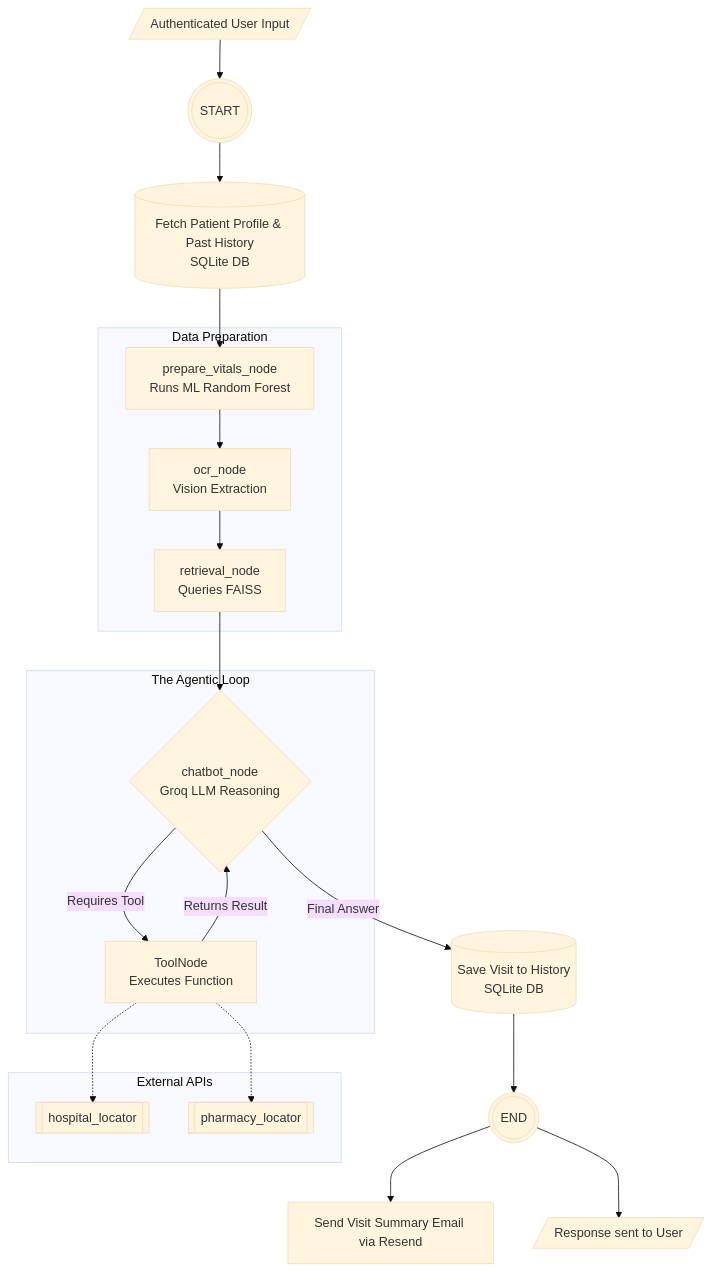
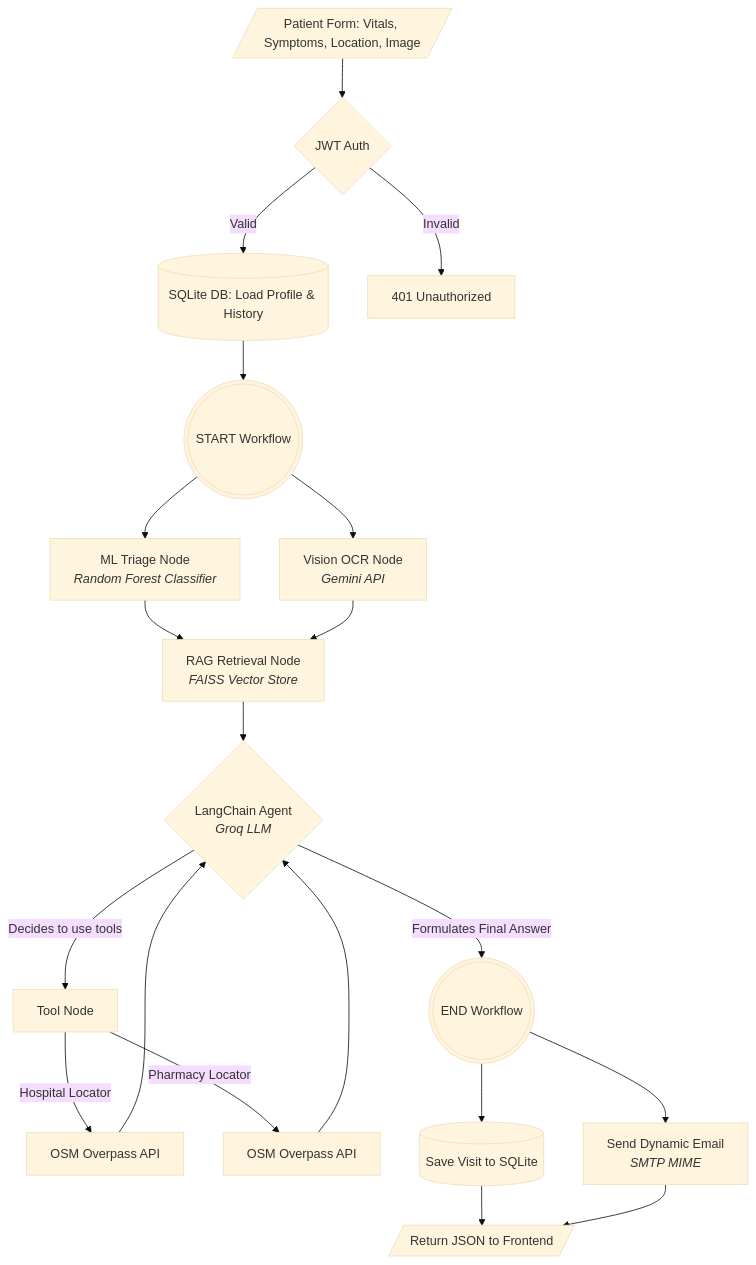
The diagram in README.md (mahaveer0738/fyp-health-app), drawn with Mermaid (base theme) before and after one commit. The commit also changed other lines of this file and 14 other files, not shown here.

Commit message:
Fix chatbot memory, update email design, fix pharmacy locator, and rewrite README

````diff
--- a/README.md
+++ b/README.md
@@ -46,41 +31,38 @@
 ```mermaid
 graph TD
-    %% Entry
-    Input[/Authenticated User Input/] --> START(((START)))
-    START --> AuthCheck
+    %% Entry Point
+    Input[/Patient Form: Vitals, Symptoms, Location, Image/] --> AuthCheck{JWT Auth}
+    
+    %% Authentication & User Data
+    AuthCheck -- Valid --> FetchProfile[(SQLite DB: Load Profile & History)]
+    AuthCheck -- Invalid --> Reject[401 Unauthorized]
+    
+    FetchProfile --> START(((START Workflow)))
 
-    AuthCheck[(Fetch Patient Profile & Past History<br>SQLite DB)] --> N1
-
-    %% Sequential Data Prep Pipeline
-    subgraph "Data Preparation"
-        N1[prepare_vitals_node<br>Runs ML Random Forest] --> N2
-        N2[ocr_node<br>Vision Extraction] --> N3
-        N3[retrieval_node<br>Queries FAISS]
-    end
-
-    N3 --> N4
-
-    %% The ReAct Agent Loop
-    subgraph "The Agentic Loop"
-        N4{chatbot_node<br>Groq LLM Reasoning}
-        N4 -- "Requires Tool" --> N5[ToolNode<br>Executes Function]
-        N5 -- "Returns Result" --> N4
-    end
-
-    %% Exit
-    N4 -- "Final Answer" --> SaveVisit
-    SaveVisit[(Save Visit to History<br>SQLite DB)] --> END(((END)))
+    %% Data Preparation Nodes
+    START --> ML_Node[ML Triage Node<br/><i>Random Forest Classifier</i>]
+    START --> OCR_Node[Vision OCR Node<br/><i>Gemini API</i>]
     
-    %% Post-Graph Processes
-    END --> Email[Send Visit Summary Email via Resend]
-    END --> Output[/Response sent to User/]
-
-    %% Tool Definitions
-    subgraph "External APIs"
-        T1[[hospital_locator]]
-        T2[[pharmacy_locator]]
-    end
+    ML_Node --> RAG_Node[RAG Retrieval Node<br/><i>FAISS Vector Store</i>]
+    OCR_Node --> RAG_Node
     
-    N5 -.-> T1
-    N5 -.-> T2
+    %% Core Agent Loop
+    RAG_Node --> Chatbot_Node{LangChain Agent<br/><i>Groq LLM</i>}
+    
+    %% Tool Calling
+    Chatbot_Node -- Decides to use tools --> Tool_Executor[Tool Node]
+    Tool_Executor --> |Hospital Locator| HospitalAPI[OSM Overpass API]
+    Tool_Executor --> |Pharmacy Locator| PharmacyAPI[OSM Overpass API]
+    HospitalAPI --> Chatbot_Node
+    PharmacyAPI --> Chatbot_Node
+    
+    %% Final Output
+    Chatbot_Node -- Formulates Final Answer --> END(((END Workflow)))
+    
+    %% Post-Processing
+    END --> SaveDB[(Save Visit to SQLite)]
+    END --> EmailService[Send Dynamic Email<br/><i>SMTP MIME</i>]
+    
+    SaveDB --> Output[/Return JSON to Frontend/]
+    EmailService --> Output
 ```
````
